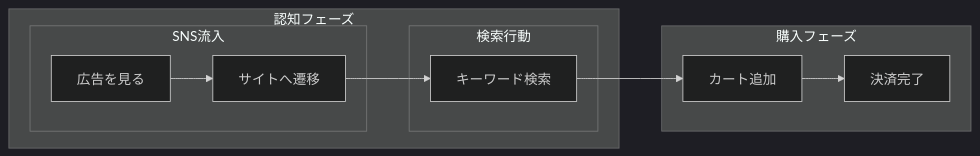
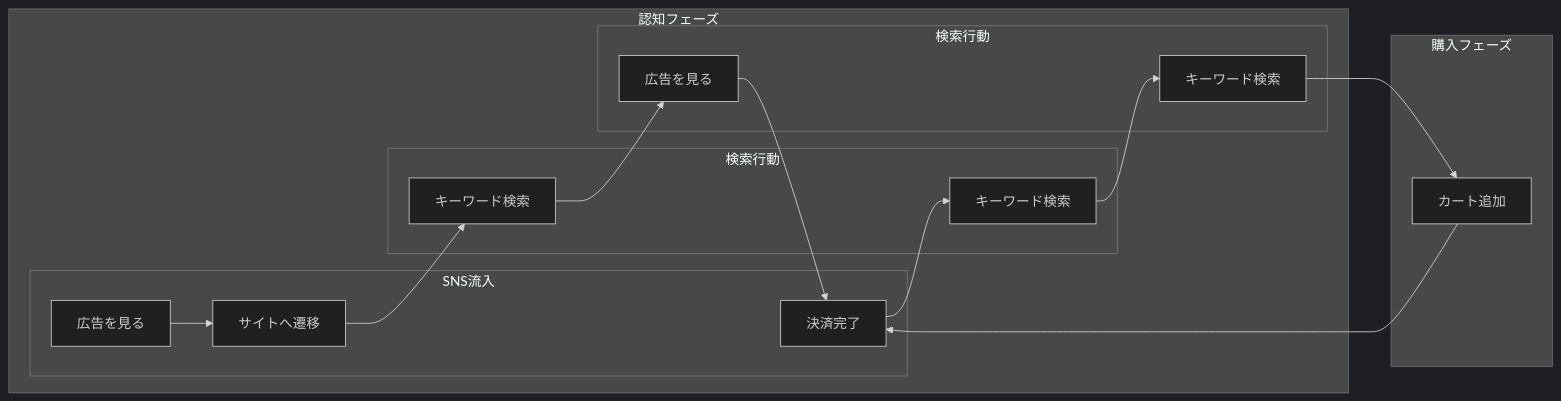
One commit to hobby-pc2026/linux-install changed the diagram in linux-install-02.md. Above: the diagram before and after it, drawn with Mermaid (dark theme).

````diff
--- a/linux-install-02.md
+++ b/linux-install-02.md
@@ -3,14 +3,26 @@
 ```mermaid
 flowchart LR
     subgraph フェーズ1 [認知フェーズ]
         subgraph サブ1 [SNS流入]
             A[広告を見る] --> B[サイトへ遷移]
         end
         subgraph サブ2 [検索行動]
             B --> C[キーワード検索]
         end
+        subgraph サブ3 [検索行動]
+            C --> D[キーワード検索]
+        end
     end
-    subgraph フェーズ2 [購入フェーズ]
-        C --> D[カート追加] --> E[決済完了]
+        subgraph サブ1 [SNS流入]
+            D[広告を見る] --> E[サイトへ遷移]
+        end
+        subgraph サブ2 [検索行動]
+            E --> F[キーワード検索]
+        end
+        subgraph サブ3 [検索行動]
+            F --> G[キーワード検索]
+        end
+    subgraph フェーズ3 [購入フェーズ]
+        G --> H[カート追加] --> E[決済完了]
     end
 ```
````
